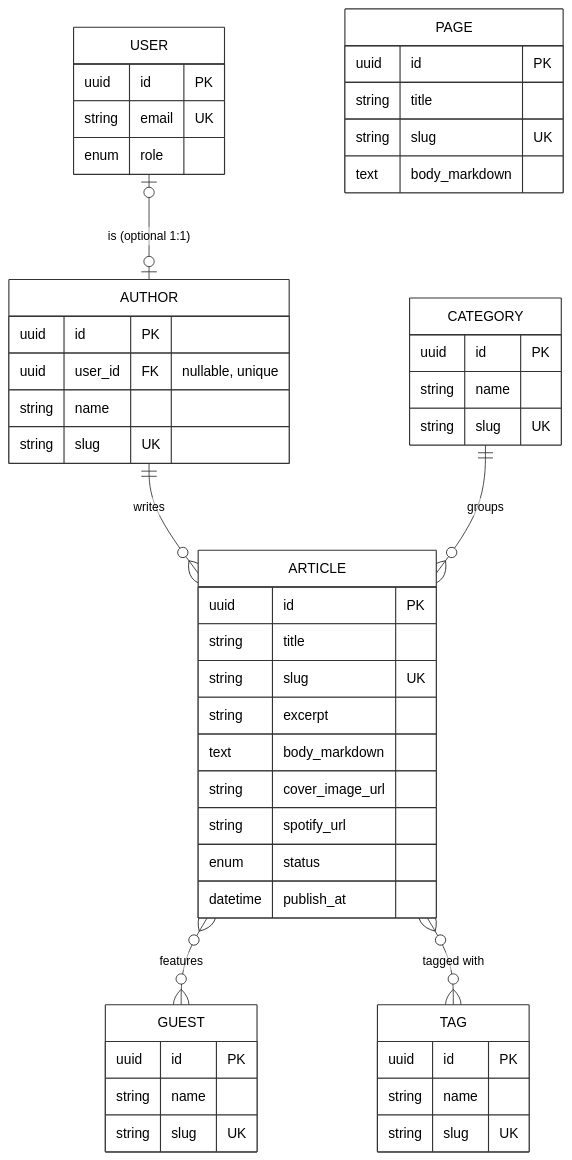
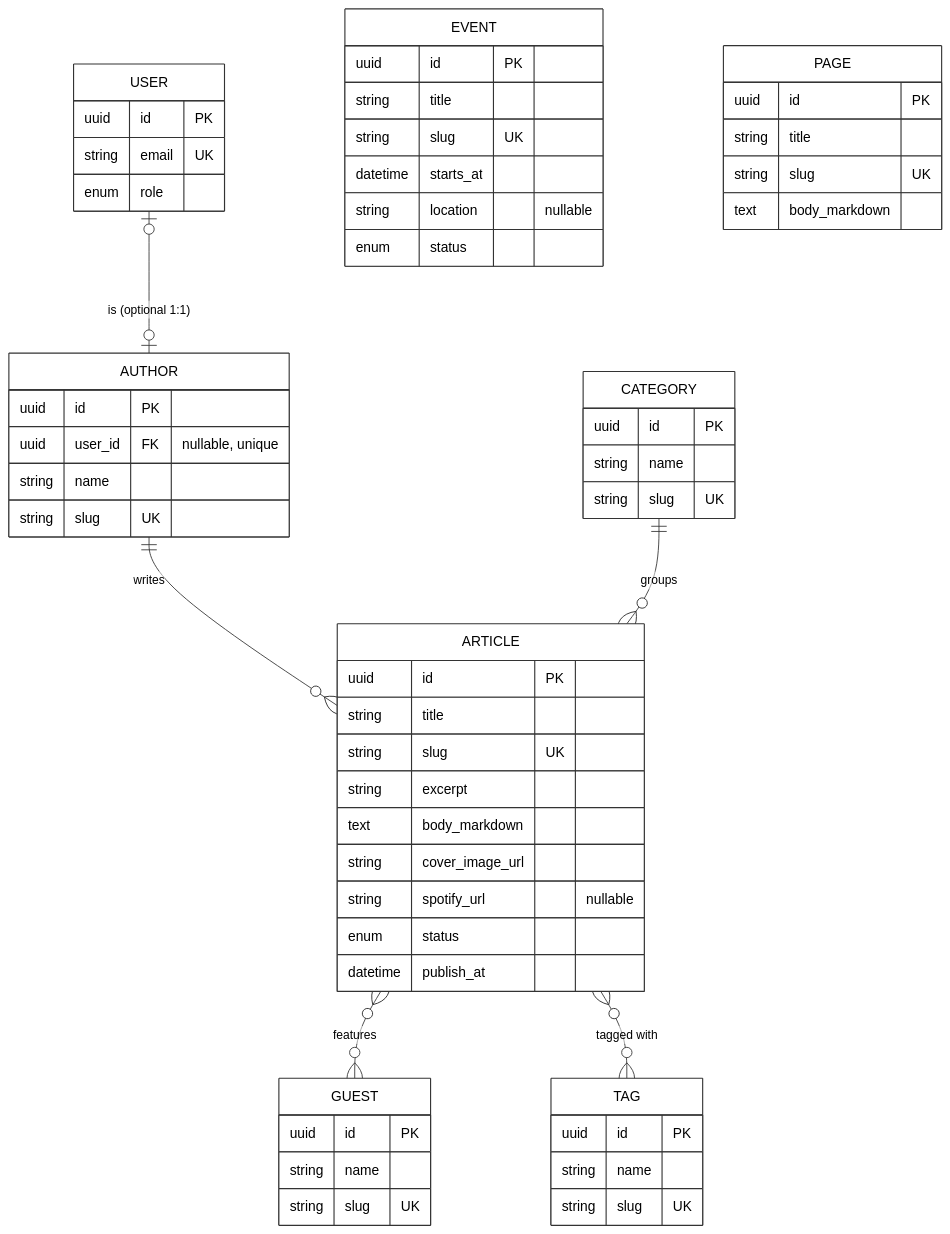
One commit to gweedo/allarounder changed the third of 4 diagrams in docs/architecture/TECH-SPEC.md. Above: the diagram before and after it, drawn with Mermaid. The commit also changed other lines of this file and 49 other files, not shown here.

````diff
--- a/docs/architecture/TECH-SPEC.md
+++ b/docs/architecture/TECH-SPEC.md
@@ -138,41 +138,47 @@
 ```mermaid
 %%{init: {'theme':'base', 'themeVariables': {'primaryColor':'#ffffff','primaryBorderColor':'#333333','primaryTextColor':'#000000','lineColor':'#333333','fontFamily':'sans-serif'}}}%%
 erDiagram
     AUTHOR   ||--o{ ARTICLE : writes
     CATEGORY ||--o{ ARTICLE : groups
     ARTICLE  }o--o{ GUEST   : features
     ARTICLE  }o--o{ TAG     : "tagged with"
     USER     |o--o| AUTHOR  : "is (optional 1:1)"
 
     ARTICLE {
         uuid id PK
         string title
         string slug UK
         string excerpt
         text body_markdown
         string cover_image_url
-        string spotify_url
+        string spotify_url "nullable"
         enum status
         datetime publish_at
     }
+    EVENT    { uuid id PK
+               string title
+               string slug UK
+               datetime starts_at
+               string location "nullable"
+               enum status }
     AUTHOR   { uuid id PK
                uuid user_id FK "nullable, unique"
                string name
                string slug UK }
     CATEGORY { uuid id PK
                string name
                string slug UK }
     GUEST    { uuid id PK
                string name
                string slug UK }
     TAG      { uuid id PK
                string name
                string slug UK }
     PAGE     { uuid id PK
                string title
                string slug UK
                text body_markdown }
     USER     { uuid id PK
                string email UK
                enum role }
 ```
````
